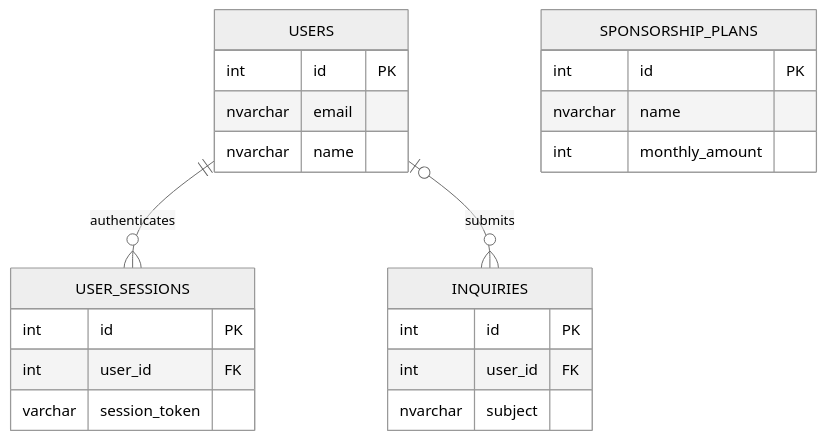
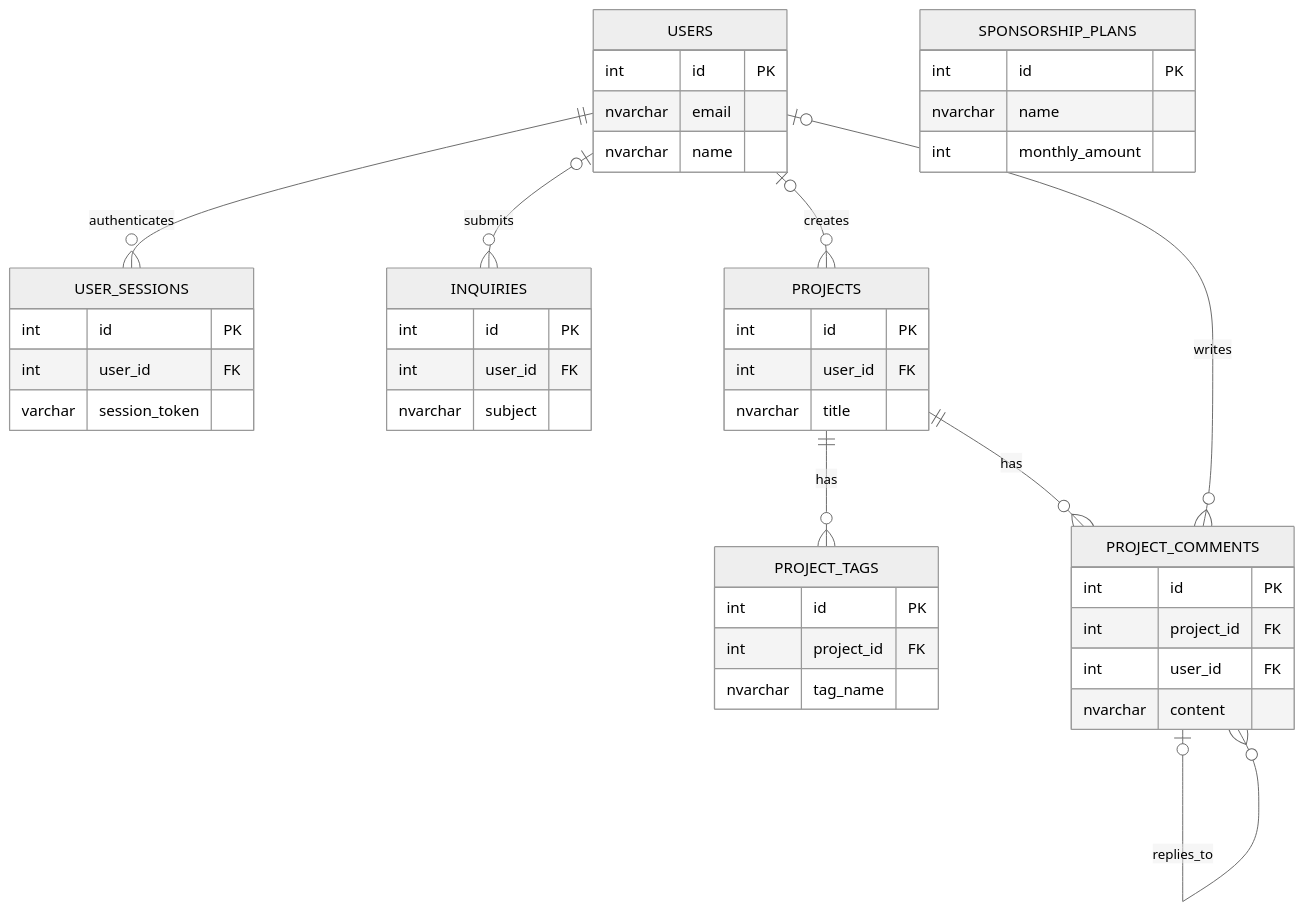
One commit to m75amg/daniel_make changed the diagram in _analysis/erd.md. Above: the diagram before and after it, drawn with Mermaid (neutral theme). The commit also changed 12 other files, not shown here.

````diff
--- a/_analysis/erd.md
+++ b/_analysis/erd.md
@@ -3,25 +3,46 @@
 ```mermaid
 erDiagram
   USERS ||--o{ USER_SESSIONS : authenticates
   USERS o|--o{ INQUIRIES : submits
+  USERS o|--o{ PROJECTS : creates
+  PROJECTS ||--o{ PROJECT_TAGS : has
+  PROJECTS ||--o{ PROJECT_COMMENTS : has
+  USERS o|--o{ PROJECT_COMMENTS : writes
+  PROJECT_COMMENTS o|--o{ PROJECT_COMMENTS : replies_to
   SPONSORSHIP_PLANS {
     int id PK
     nvarchar name
     int monthly_amount
   }
   USERS {
     int id PK
     nvarchar email
     nvarchar name
   }
   USER_SESSIONS {
     int id PK
     int user_id FK
     varchar session_token
   }
   INQUIRIES {
     int id PK
     int user_id FK
     nvarchar subject
   }
+  PROJECTS {
+    int id PK
+    int user_id FK
+    nvarchar title
+  }
+  PROJECT_TAGS {
+    int id PK
+    int project_id FK
+    nvarchar tag_name
+  }
+  PROJECT_COMMENTS {
+    int id PK
+    int project_id FK
+    int user_id FK
+    nvarchar content
+  }
 ```
````
